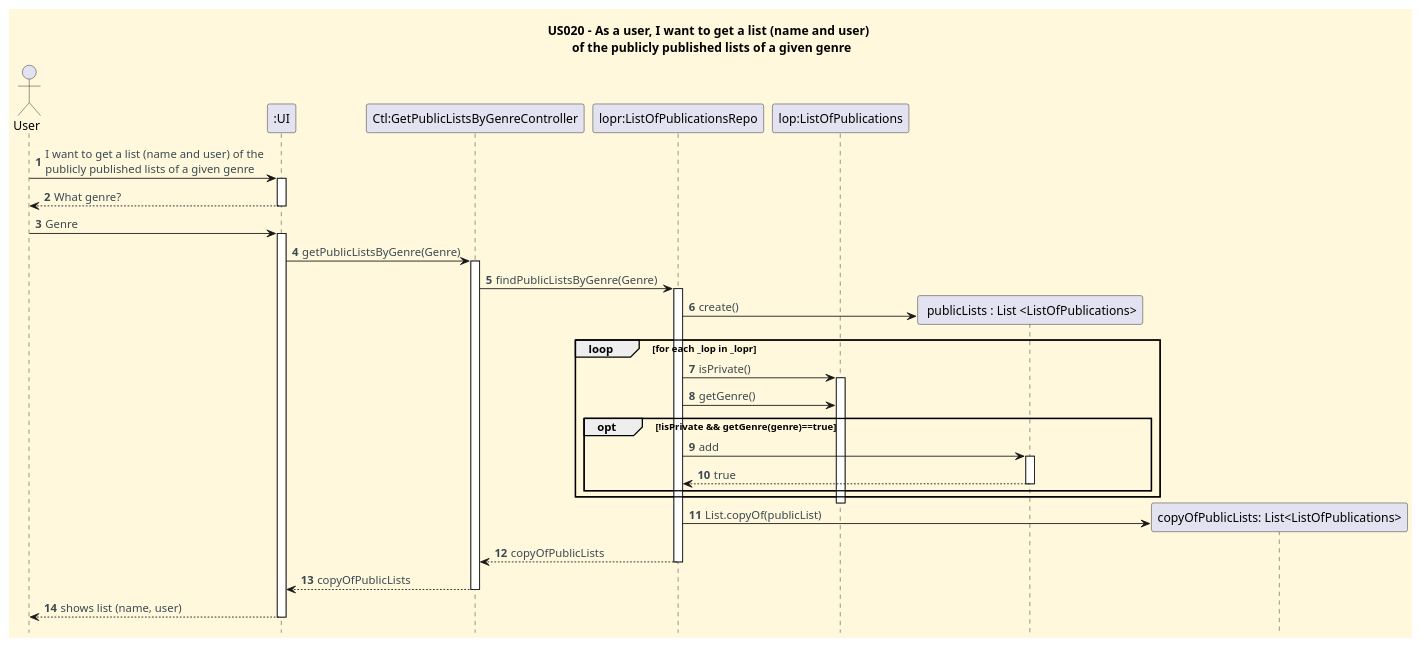
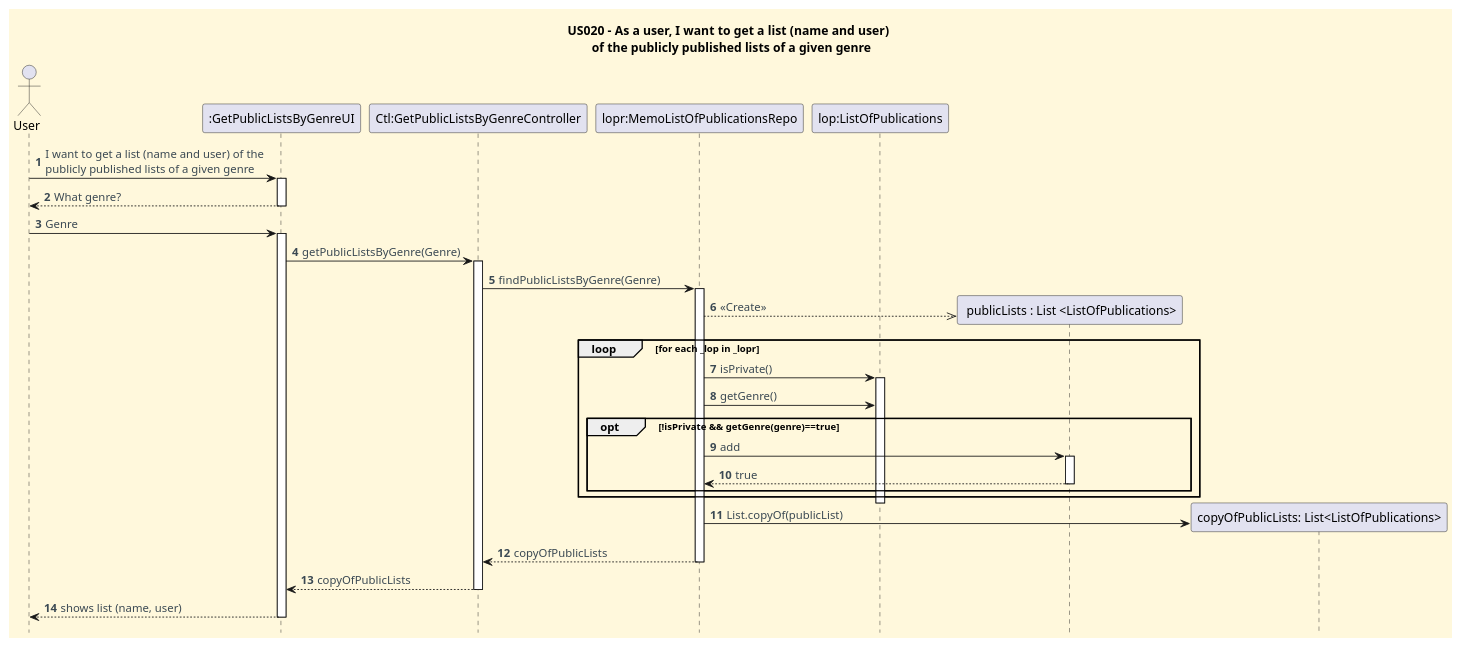
Before and after one commit to CarolinaLeite-collab/JavaMarketplacePlatform: the diagram in docs/userStories/US020/US020_get_a_list_given_genres_SD.puml, drawn with PlantUML. The commit also changed 1 other file, not shown here.

Commit message:
docs: reegineers class and sequence diagrams US020 to ddd, refs #384

```diff
--- a/docs/userStories/US020/US020_get_a_list_given_genres_SD.puml
+++ b/docs/userStories/US020/US020_get_a_list_given_genres_SD.puml
@@ -1,73 +1,73 @@
 @startuml
 title US020 - As a user, I want to get a list (name and user) \n of the publicly published lists of a given genre
 hidefootbox
 
 '==== basic style ====
 skinparam monochrome false
 skinparam shadowing false
 skinparam defaultFontName Futura
 skinparam objectFontSize 20
 skinparam backgroundColor CornSilk
 skinparam objectBackgroundColor WhiteSmoke
 skinparam noteBackgroundColor #FFFFE0
 skinparam ArrowFontColor #3B4953
 skinparam ActivationBackgroundColor black
 
 autonumber
 autoactivate off
 
 
 actor User as U
-participant ":UI" as UI
+participant ":GetPublicListsByGenreUI" as UI
 participant "Ctl:GetPublicListsByGenreController" as C
-participant "lopr:ListOfPublicationsRepo" as R
+participant "lopr:MemoListOfPublicationsRepo" as R
 participant "lop:ListOfPublications" as lop
 
 
 U -> UI: I want to get a list (name and user) of the \npublicly published lists of a given genre
 activate UI
 UI --> U: What genre?
 deactivate UI
 
 U -> UI: Genre
 activate UI
 
 UI -> C: getPublicListsByGenre(Genre)
 activate C
 
 C -> R: findPublicListsByGenre(Genre)
 activate R
 
 create " publicLists : List <ListOfPublications>" as List
-R -> List: create()
+R -->> List: <<Create>>
 
 
 loop for each _lop in _lopr
     R -> lop: isPrivate()
     activate lop
     R -> lop: getGenre()
     opt !isPrivate && getGenre(genre)==true
 
         R -> List : add
         activate List
         List --> R : true
         deactivate List
 
     end
 end
 deactivate lop
 
 
 
 create "copyOfPublicLists: List<ListOfPublications>" as Copy
 R -> Copy: List.copyOf(publicList)
 R --> C: copyOfPublicLists
 deactivate R
 
 C --> UI: copyOfPublicLists
 deactivate C
 
 UI --> U: shows list (name, user)
 deactivate UI
 
 @enduml
```
